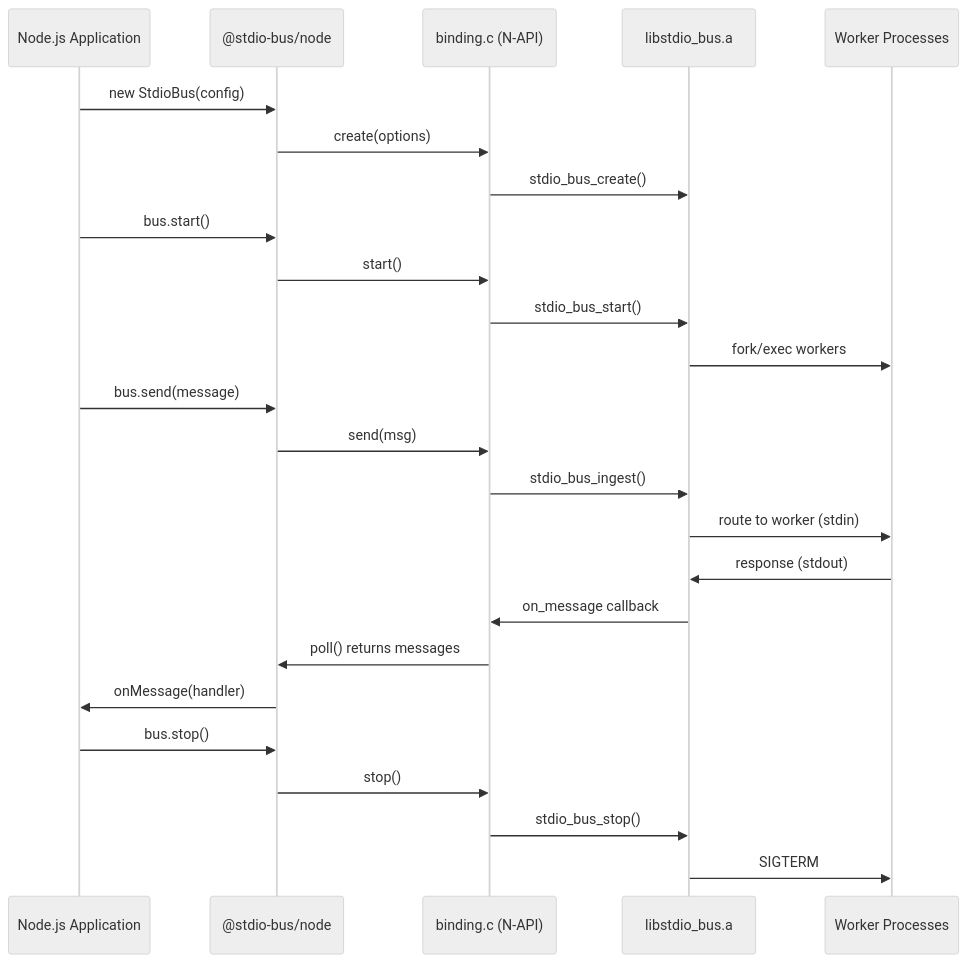
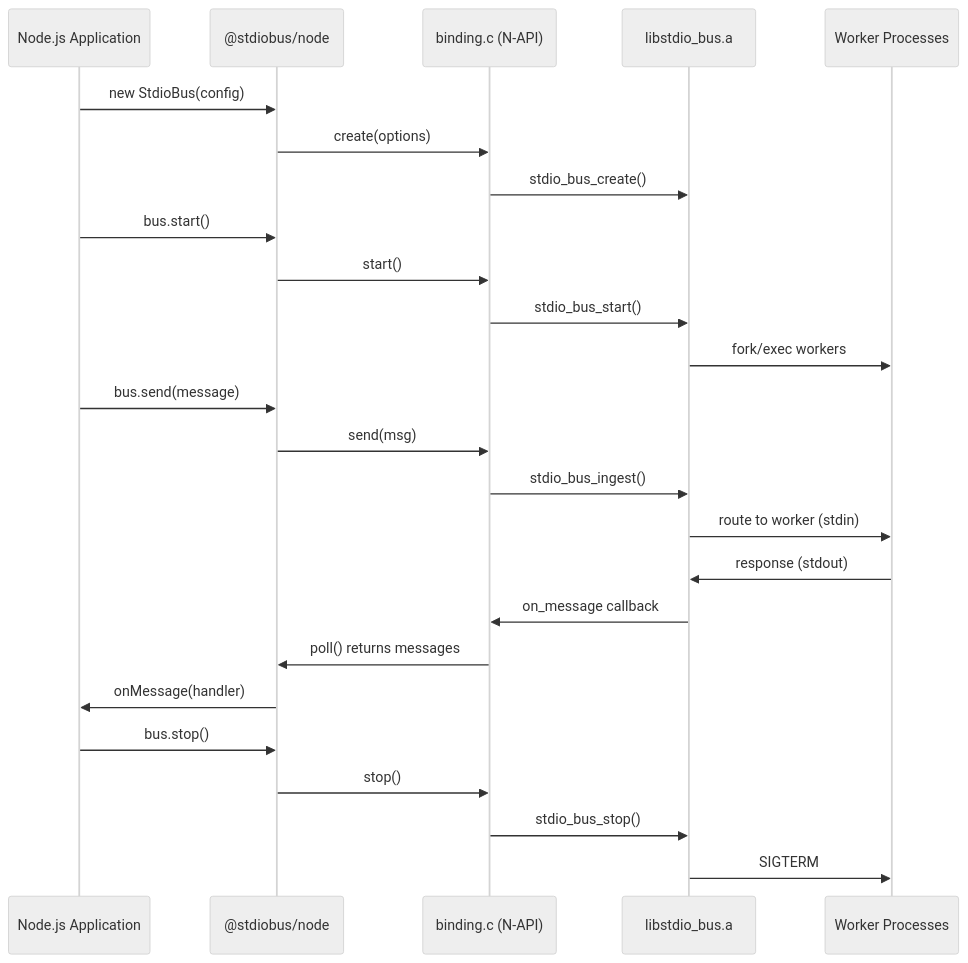
One commit to stdiobus/stdiobus-node changed the diagram in README.md. Above: the diagram before and after it, drawn with Mermaid (neutral theme). The commit also changed other lines of this file, not shown here.

First line of the commit message:
docs: Update package name from @stdio-bus/node to @stdiobus/node

````diff
--- a/README.md
+++ b/README.md
@@ -342,31 +342,31 @@
 ```mermaid
 sequenceDiagram
     participant App as Node.js Application
-    participant JS as @stdio-bus/node
+    participant JS as @stdiobus/node
     participant NAPI as binding.c (N-API)
     participant Lib as libstdio_bus.a
     participant W as Worker Processes
 
     App->>JS: new StdioBus(config)
     JS->>NAPI: create(options)
     NAPI->>Lib: stdio_bus_create()
     
     App->>JS: bus.start()
     JS->>NAPI: start()
     NAPI->>Lib: stdio_bus_start()
     Lib->>W: fork/exec workers
     
     App->>JS: bus.send(message)
     JS->>NAPI: send(msg)
     NAPI->>Lib: stdio_bus_ingest()
     Lib->>W: route to worker (stdin)
     W->>Lib: response (stdout)
     Lib->>NAPI: on_message callback
     NAPI->>JS: poll() returns messages
     JS->>App: onMessage(handler)
     
     App->>JS: bus.stop()
     JS->>NAPI: stop()
     NAPI->>Lib: stdio_bus_stop()
     Lib->>W: SIGTERM
 ```
````
